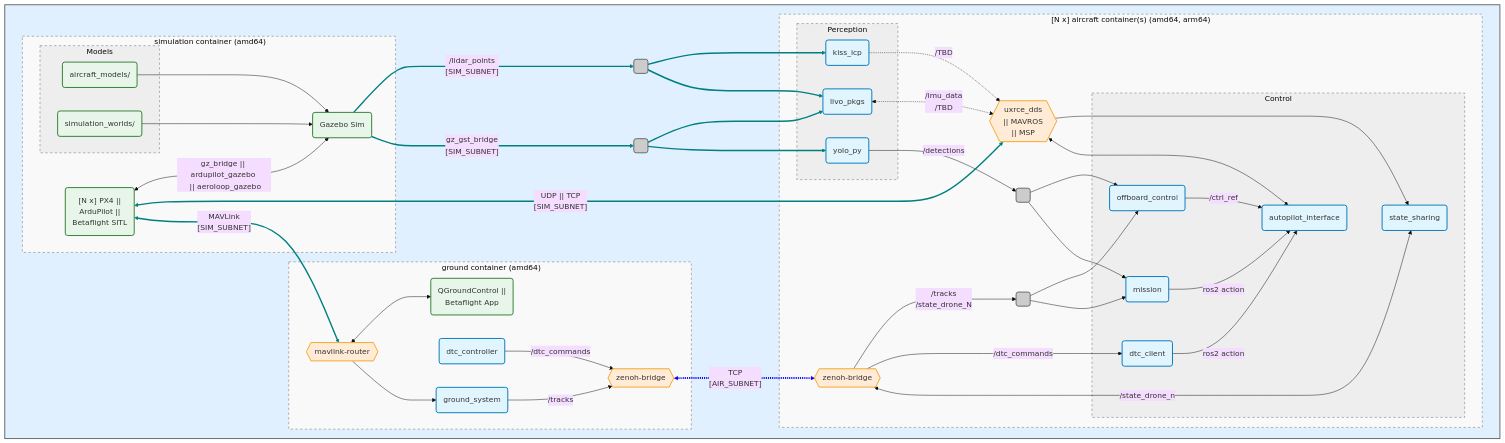
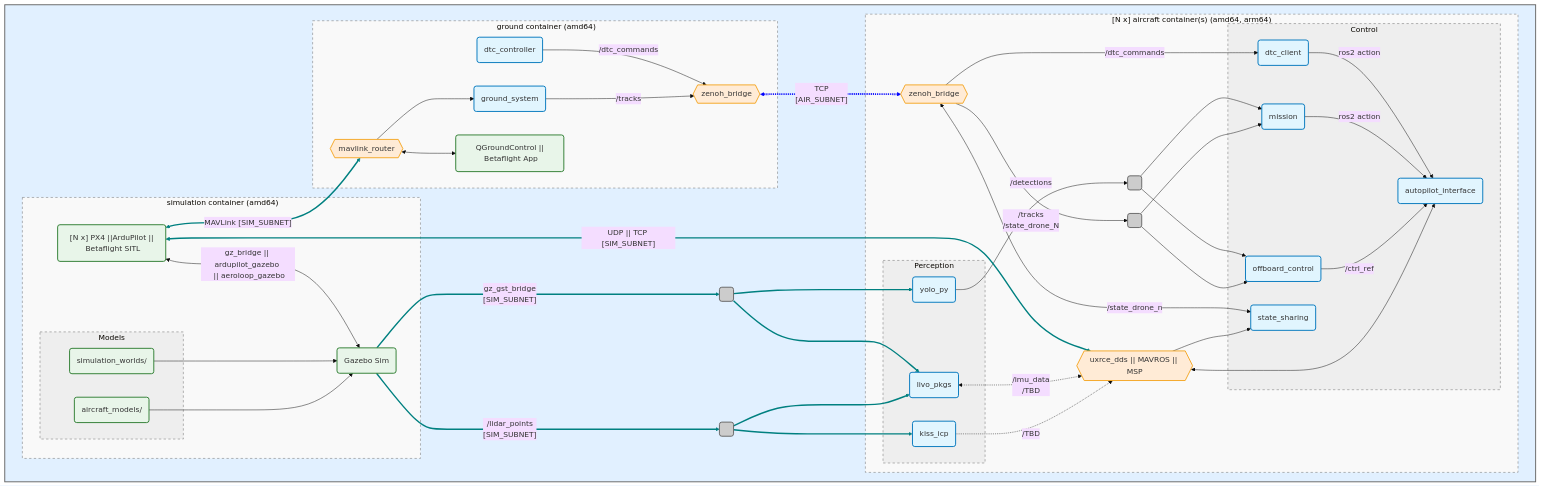
Before and after one commit to JacopoPan/aerial-autonomy-stack: the diagram in README.md, drawn with Mermaid. The commit also changed 1 other file, not shown here.

Commit message:
plots edits

````diff
--- a/README.md
+++ b/README.md
@@ -353,9 +353,9 @@
 ```mermaid
-%%{init: {'theme': 'base', 'themeVariables': { 'fontFamily': 'monospace'}}}%%
+%%{init: {'theme': 'base', 'flowchart': {'wrappingWidth': 200}, 'themeVariables': { 'fontFamily': 'monospace'}}}%%
 flowchart TB
     subgraph aas [" "]
         subgraph sim ["#nbsp;simulation#nbsp;container#nbsp;(amd64)"]
-            sitl("[N x] PX4 || <br/> ArduPilot || <br/> Betaflight SITL"):::resource
+            sitl("[N x] PX4 ||ArduPilot ||#nbsp;Betaflight#nbsp;SITL"):::resource
             gz(Gazebo Sim):::resource
             subgraph models [Models]
                 drones(aircraft_models/):::resource
@@ -368,11 +368,11 @@
         end
 
         subgraph gnd ["#nbsp;ground#nbsp;container#nbsp;(amd64)"]
-            mlrouter{{mavlink-router}}:::bridge
+            mlrouter{{mavlink_router}}:::bridge
             ground_system(ground_system):::algo
             dtc_controller(dtc_controller):::algo
-            qgc("QGroundControl || <br/> Betaflight App"):::resource
-            zenoh_gnd{{zenoh-bridge}}:::bridge
+            qgc("QGroundControl#nbsp;||#nbsp;Betaflight#nbsp;App"):::resource
+            zenoh_gnd{{zenoh_bridge}}:::bridge
 
             ground_system --> |"/tracks"| zenoh_gnd
             dtc_controller --> |"/dtc_commands"| zenoh_gnd
@@ -386,7 +386,7 @@
                 kiss_icp(kiss_icp):::algo
                 livo_pkgs(livo_pkgs):::algo
             end
-            zenoh_air{{zenoh-bridge}}:::bridge
+            zenoh_air{{zenoh_bridge}}:::bridge
             subgraph control [Control]
                 dtc_client(dtc_client):::algo
                 mission(mission):::algo
@@ -397,7 +397,7 @@
             detection_split( ):::splitNode
             track_split( ):::splitNode
 
-            ap_link{{"uxrce_dds <br/> || MAVROS <br/> || MSP"}}:::bridge
+            ap_link{{"uxrce_dds || MAVROS#nbsp;|| MSP"}}:::bridge
             kiss_icp -.-> |"/TBD"| ap_link
             livo_pkgs <-.-> |"/imu_data <br/> /TBD"| ap_link
             zenoh_air --> |"/tracks <br/> /state_drone_N"| track_split
@@ -413,7 +413,6 @@
             mission --> |"ros2 action"| autopilot_interface
             dtc_client --> |"ros2 action"| autopilot_interface
             zenoh_air <--> |"/state_drone_n"| state_sharing
-            autopilot_interface ~~~ state_sharing
         end
         lidar_split( ):::splitNode
         camera_split( ):::splitNode
@@ -425,8 +424,8 @@
     gz --> |"gz_gst_bridge <br/> [SIM_SUBNET]"| camera_split
     camera_split --> livo_pkgs
     camera_split -->  yolo_py
-    sitl <--> |"UDP || TCP <br/> [SIM_SUBNET]"| ap_link
-    sitl <--> |"MAVLink <br/> [SIM_SUBNET]"| mlrouter 
+    sitl <--> |"UDP || TCP [SIM_SUBNET]"| ap_link
+    sitl <--> |"MAVLink [SIM_SUBNET]"| mlrouter
     zenoh_gnd <-.-> |"TCP <br/> [AIR_SUBNET]"| zenoh_air
 
     classDef bridge fill:#ffebd6,stroke:#f5a623,stroke-width:2px;
@@ -436,5 +435,5 @@
     classDef blueStyle  fill:#e1f0ff,stroke:#666,stroke-width:2px; class aas blueStyle;
     classDef whiteStyle fill:#f9f9f9,stroke:#666,stroke-width:1px,stroke-dasharray: 5 5; class air,gnd,sim whiteStyle;
     classDef greyStyle  fill:#eeeeee,stroke:#666,stroke-width:1px,stroke-dasharray: 5 5; class perception,control,models greyStyle;
-    linkStyle 23,24,25,26,27,28,29,30 stroke:teal,stroke-width:3px; linkStyle 31 stroke:blue,stroke-width:4px;
+    linkStyle 22,23,24,25,26,27,28,29 stroke:teal,stroke-width:3px; linkStyle 30 stroke:blue,stroke-width:4px;
 ```
````
